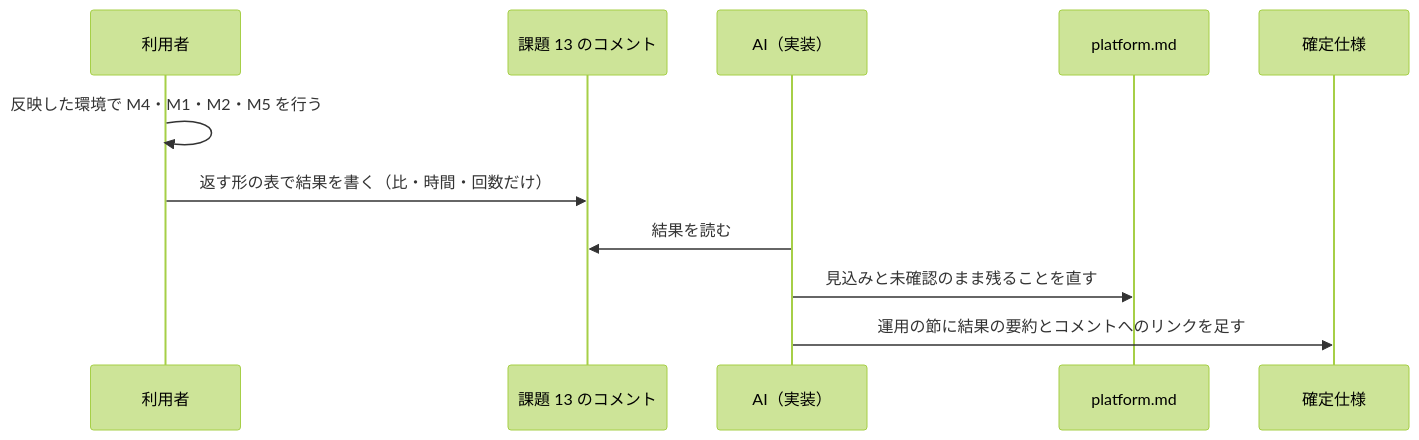
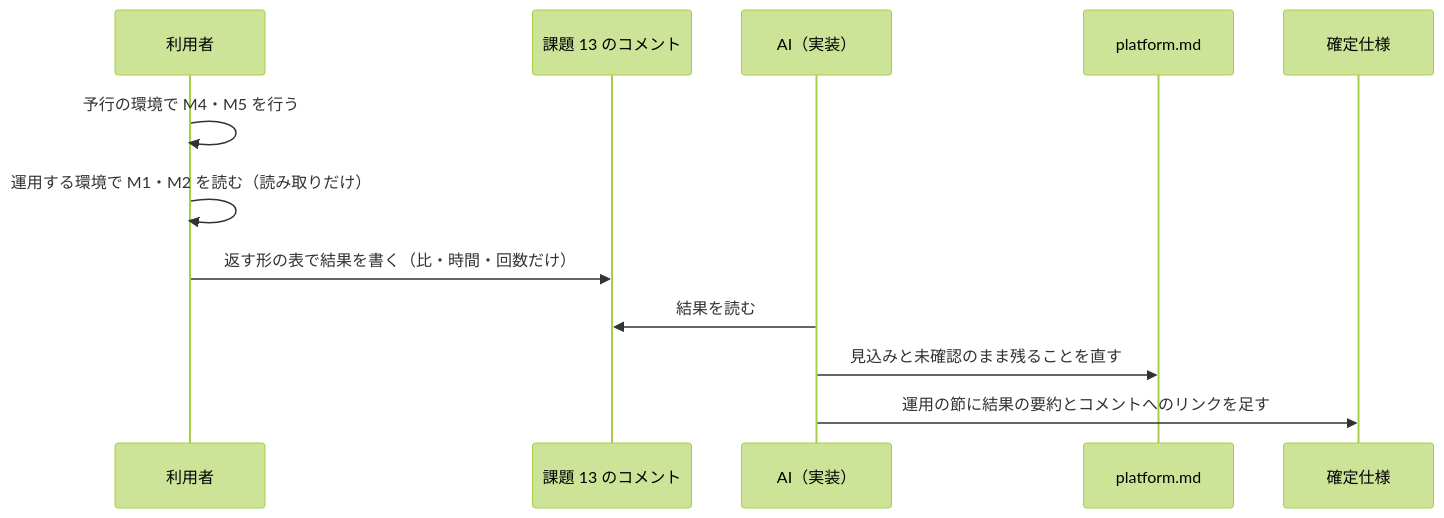
Before and after one commit to devbasex/nd-factory: the second of 2 diagrams in issues/issue-13-design.md, drawn with Mermaid (forest theme). The commit also changed other lines of this file and 2 other files, not shown here.

````diff
--- a/issues/issue-13-design.md
+++ b/issues/issue-13-design.md
@@ -53,13 +58,14 @@
 ```mermaid
 sequenceDiagram
   participant U as 利用者
   participant I as 課題 13 のコメント
   participant A as AI（実装）
   participant PL as platform.md
   participant SP as 確定仕様
-  U->>U: 反映した環境で M4・M1・M2・M5 を行う
+  U->>U: 予行の環境で M4・M5 を行う
+  U->>U: 運用する環境で M1・M2 を読む（読み取りだけ）
   U->>I: 返す形の表で結果を書く（比・時間・回数だけ）
   A->>I: 結果を読む
   A->>PL: 見込みと未確認のまま残ることを直す
   A->>SP: 運用の節に結果の要約とコメントへのリンクを足す
 ```
````
